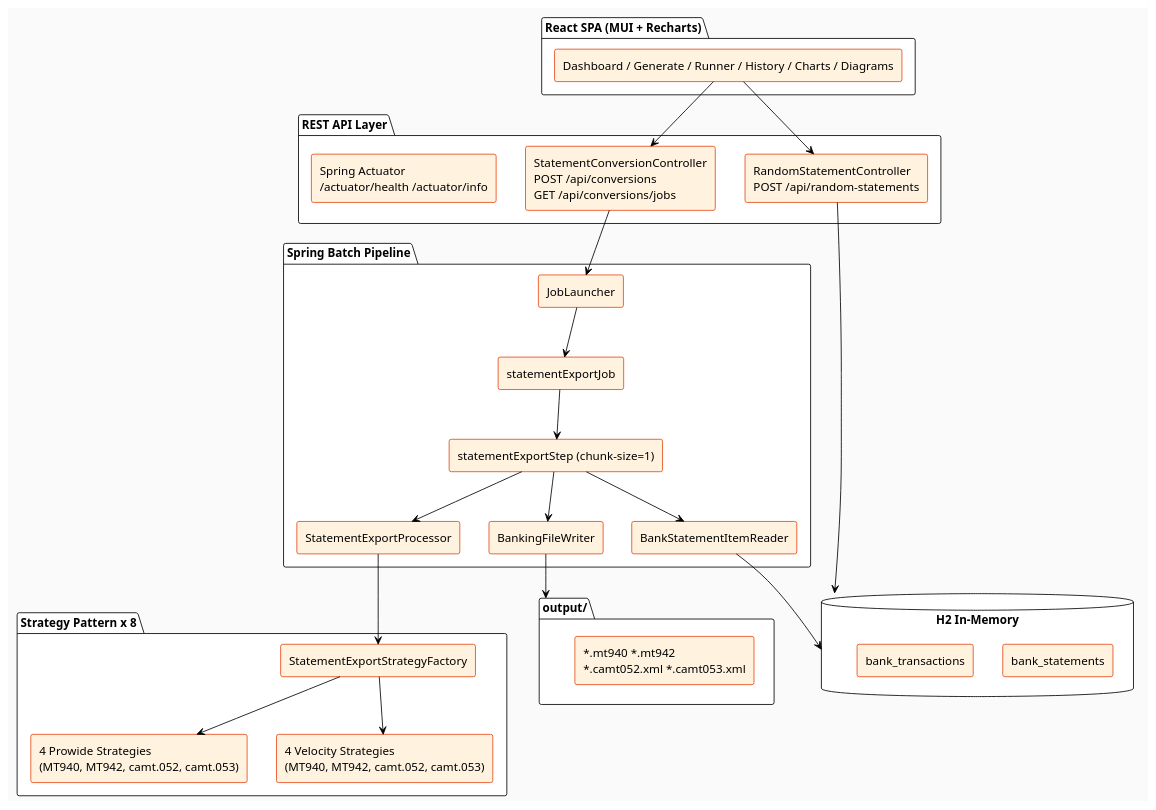
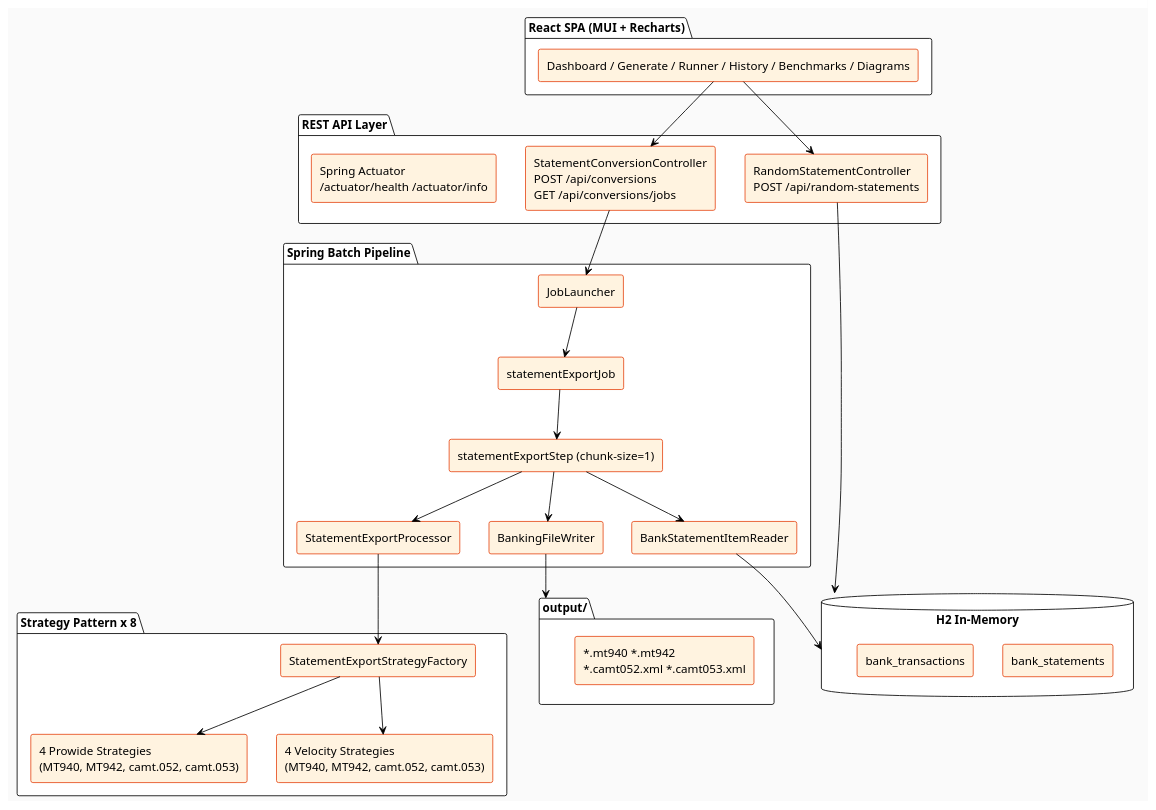
One commit to wallaceespindola/camt-mt-converters changed the diagram in docs/diagrams/architecture-overview.puml. Above: the diagram before and after it, drawn with PlantUML. The commit also changed 2 other files, not shown here.

Commit message:
Update diagrams: rename Charts to Benchmarks in all diagram labels

```diff
--- a/docs/diagrams/architecture-overview.puml
+++ b/docs/diagrams/architecture-overview.puml
@@ -1,60 +1,60 @@
 @startuml architecture-overview
 !theme plain
 
 skinparam componentStyle rectangle
 skinparam backgroundColor #FAFAFA
 skinparam component {
   BackgroundColor #FFF3E0
   BorderColor #E64A19
 }
 
 package "React SPA (MUI + Recharts)" as Frontend {
-  [Dashboard / Generate / Runner / History / Charts / Diagrams] as UI
+  [Dashboard / Generate / Runner / History / Benchmarks / Diagrams] as UI
 }
 
 package "REST API Layer" as API {
   [RandomStatementController\nPOST /api/random-statements] as RS
   [StatementConversionController\nPOST /api/conversions\nGET /api/conversions/jobs] as CV
   [Spring Actuator\n/actuator/health /actuator/info] as ACT
 }
 
 package "Spring Batch Pipeline" as Batch {
   [JobLauncher] as JL
   [statementExportJob] as JOB
   [statementExportStep (chunk-size=1)] as STEP
   [BankStatementItemReader] as READER
   [StatementExportProcessor] as PROC
   [BankingFileWriter] as WRITER
 }
 
 package "Strategy Pattern x 8" as Strategy {
   [StatementExportStrategyFactory] as SF
   [4 Prowide Strategies\n(MT940, MT942, camt.052, camt.053)] as P4
   [4 Velocity Strategies\n(MT940, MT942, camt.052, camt.053)] as V4
 }
 
 database "H2 In-Memory" as DB {
   [bank_statements] as BS
   [bank_transactions] as BT
 }
 
 folder "output/" as OUTPUT {
   [*.mt940 *.mt942\n*.camt052.xml *.camt053.xml] as FILES
 }
 
 UI --> RS
 UI --> CV
 RS --> DB
 CV --> JL
 JL --> JOB
 JOB --> STEP
 STEP --> READER
 READER --> DB
 STEP --> PROC
 PROC --> SF
 SF --> P4
 SF --> V4
 STEP --> WRITER
 WRITER --> OUTPUT
 
 @enduml
```
